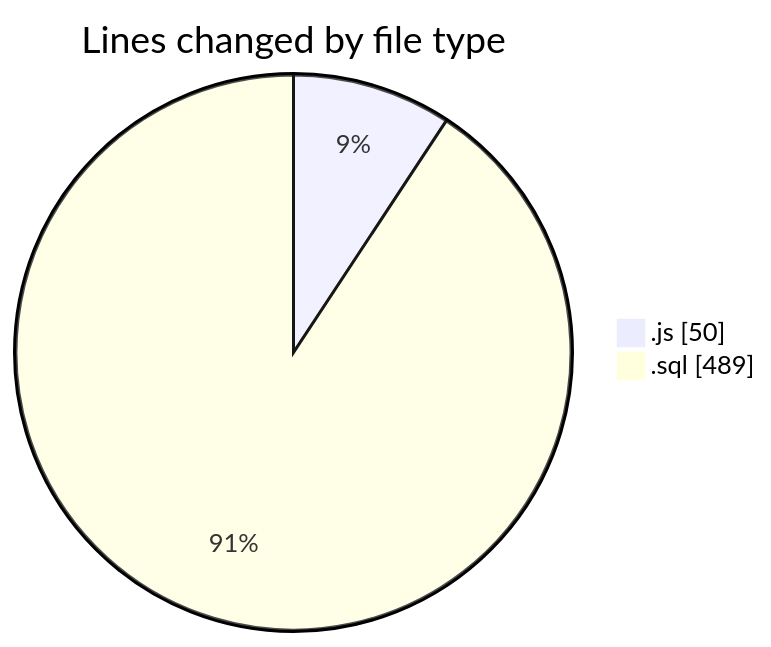
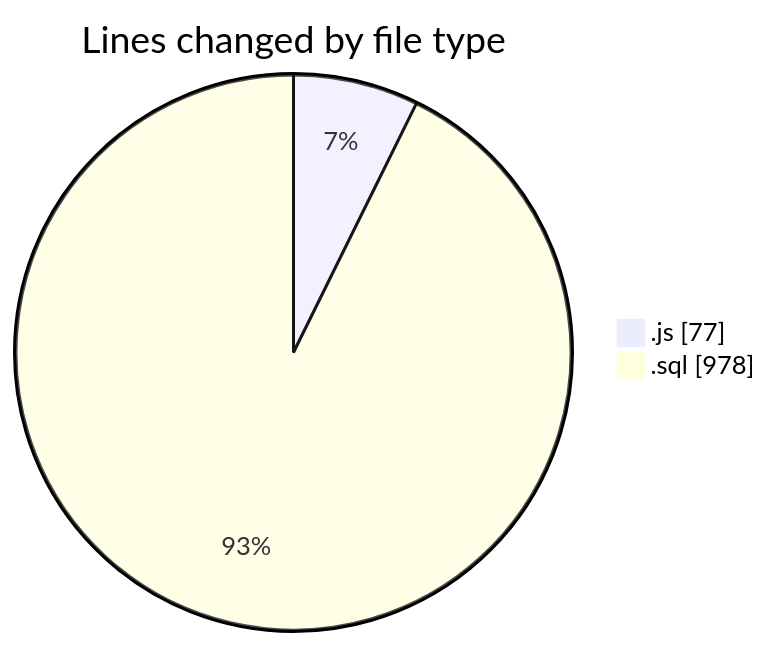
The first of 2 diagrams in 2026-05-20/cda/README.md (momahboobian/code-tracking), drawn with Mermaid before and after one commit. The commit also changed other lines of this file and 1 other file, not shown here.

````diff
--- a/2026-05-20/cda/README.md
+++ b/2026-05-20/cda/README.md
@@ -22,6 +23,6 @@
 ```mermaid
 pie showData
 title Lines changed by file type
-".js" : 50
-".sql" : 489
+".js" : 77
+".sql" : 978
 ```
````
